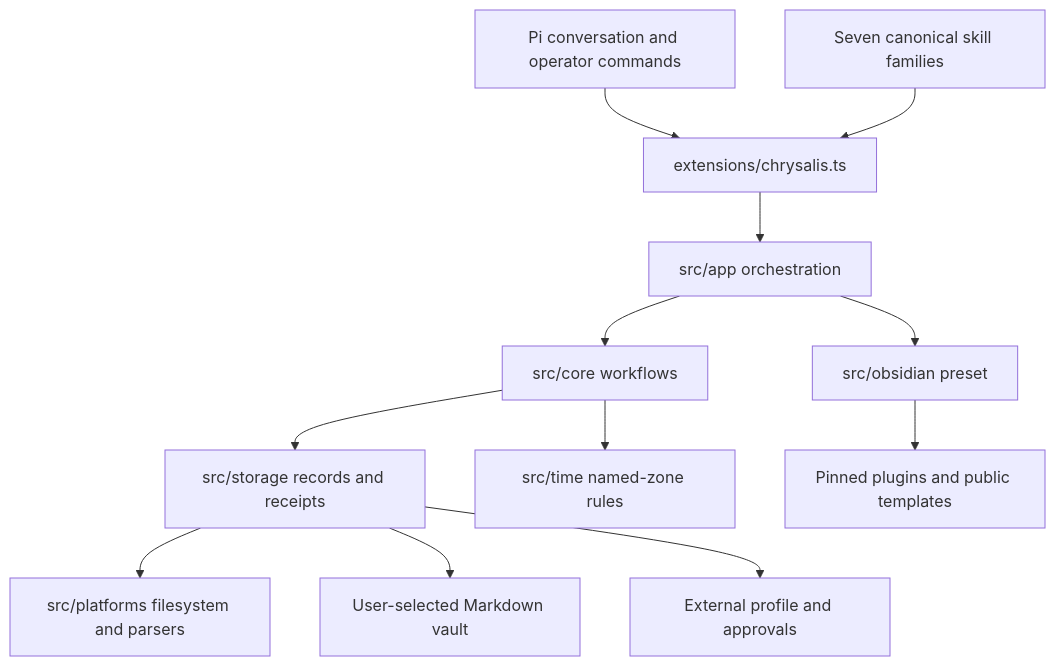
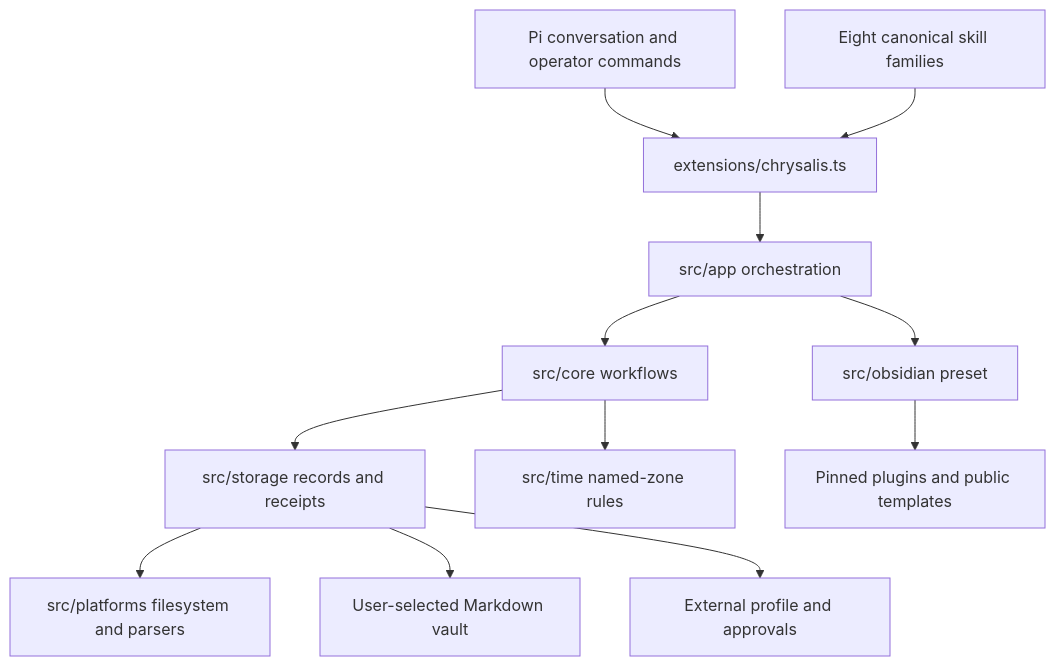
The first of 7 diagrams in ARCHITECTURE.md (tama-gucci/chrysalis), drawn with Mermaid before and after one commit. The commit also changed other lines of this file and 101 other files, not shown here.

````diff
--- a/ARCHITECTURE.md
+++ b/ARCHITECTURE.md
@@ -11,14 +11,14 @@
 ```mermaid
 flowchart TD
     Pi[Pi conversation and operator commands] --> Adapter[extensions/chrysalis.ts]
-    Skills[Seven canonical skill families] --> Adapter
+    Skills[Eight canonical skill families] --> Adapter
     Adapter --> App[src/app orchestration]
     App --> Core[src/core workflows]
     App --> Preset[src/obsidian preset]
     Core --> Storage[src/storage records and receipts]
     Preset --> Resources[Pinned plugins and public templates]
     Storage --> Platform[src/platforms filesystem and parsers]
     Storage --> Vault[User-selected Markdown vault]
     Storage --> Local[External profile and approvals]
     Core --> Time[src/time named-zone rules]
 ```
````
